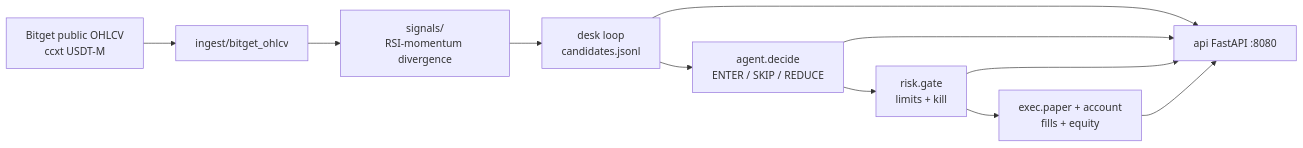
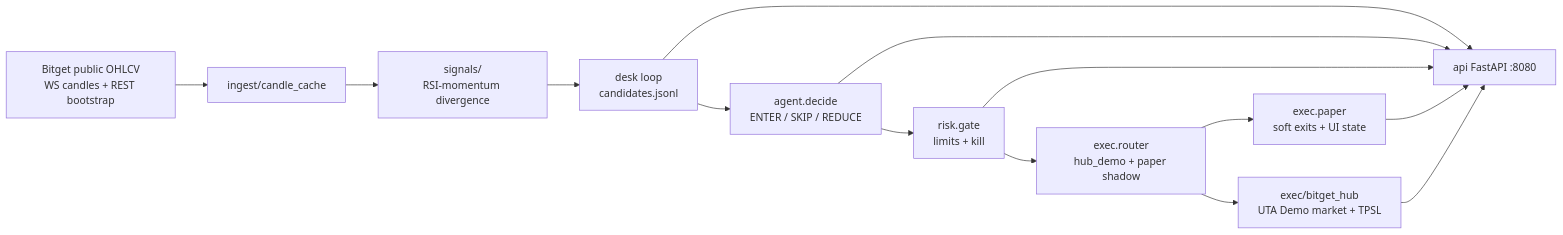
The diagram in README.md (scanner72/bitget-bot), drawn with Mermaid before and after one commit. The commit also changed other lines of this file and 49 other files, not shown here.

Commit message:
Ship S2 desk: WS ticks, Groq LLM decide, paper-live fallback, and dashboard charts.

````diff
--- a/README.md
+++ b/README.md
@@ -13,13 +13,16 @@
 ```mermaid
 flowchart LR
-  BG[Bitget public OHLCV<br/>ccxt USDT-M] --> IN[ingest/bitget_ohlcv]
+  BG[Bitget public OHLCV<br/>WS candles + REST bootstrap] --> IN[ingest/candle_cache]
   IN --> SIG[signals/<br/>RSI-momentum divergence]
   SIG --> DESK[desk loop<br/>candidates.jsonl]
   DESK --> AG[agent.decide<br/>ENTER / SKIP / REDUCE]
   AG --> RK[risk.gate<br/>limits + kill]
-  RK --> PAP[exec.paper + account<br/>fills + equity]
+  RK --> EX[exec.router<br/>hub_demo + paper shadow]
+  EX --> HUB[exec/bitget_hub<br/>UTA Demo market + TPSL]
+  EX --> PAP[exec.paper<br/>soft exits + UI state]
   DESK --> API[api FastAPI :8080]
   AG --> API
   RK --> API
   PAP --> API
+  HUB --> API
 ```
````
